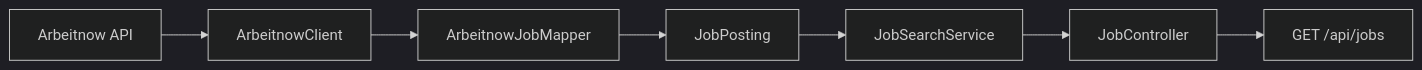
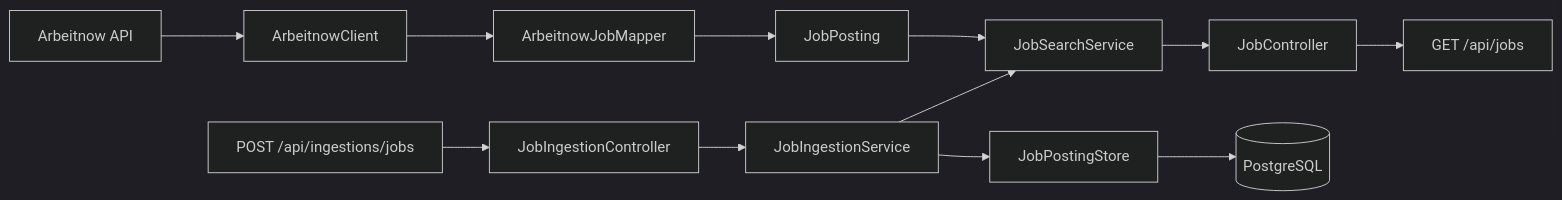
One commit to saveriobutright/JobRadar changed the diagram in README.md. Above: the diagram before and after it, drawn with Mermaid (dark theme). The commit also changed other lines of this file and 13 other files, not shown here.

Commit message:
Add PostgreSQL job ingestion and deduplication

````diff
--- a/README.md
+++ b/README.md
@@ -24,9 +31,16 @@
 ```mermaid
 flowchart LR
     A[Arbeitnow API] --> B[ArbeitnowClient]
     B --> C[ArbeitnowJobMapper]
     C --> D[JobPosting]
     D --> E[JobSearchService]
+
     E --> F[JobController]
     F --> G["GET /api/jobs"]
+
+    H["POST /api/ingestions/jobs"] --> I[JobIngestionController]
+    I --> J[JobIngestionService]
+    J --> E
+    J --> K[JobPostingStore]
+    K --> L[(PostgreSQL)]
 ```
````
